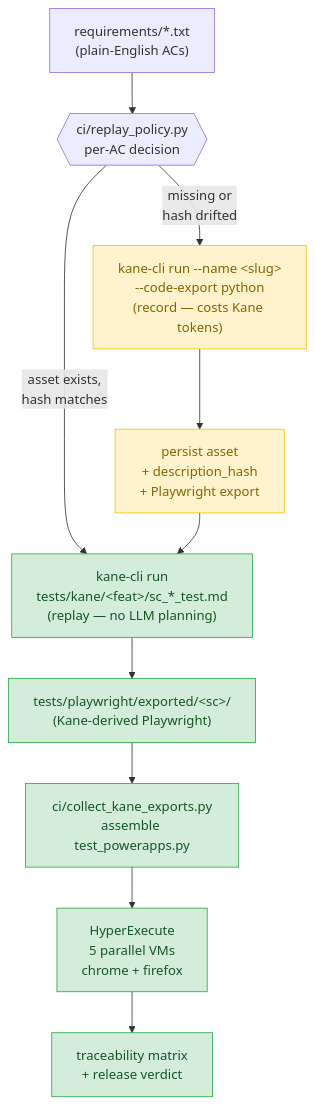
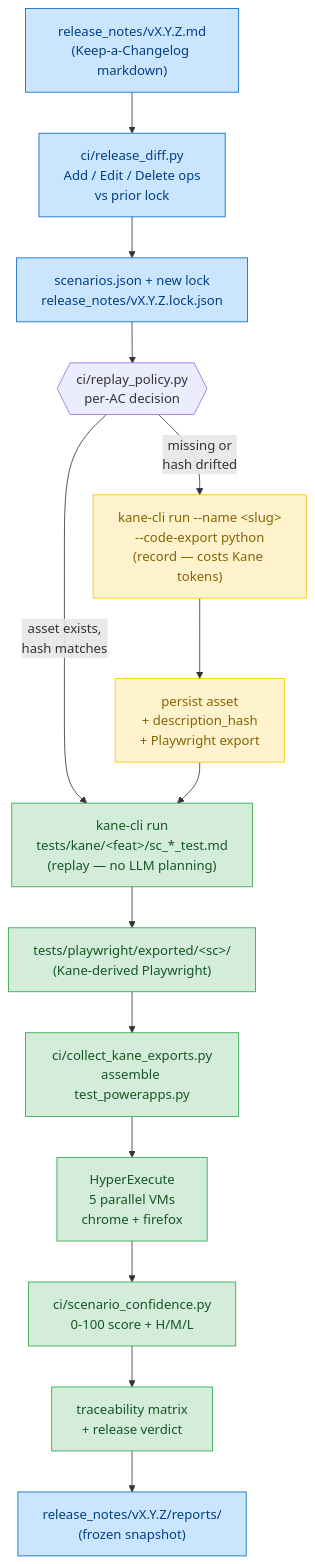
Before and after one commit to tlemmonds/agentic-stlc: the diagram in README.md, drawn with Mermaid. The commit also changed other lines of this file, not shown here.

First line of the commit message:
docs: rewrite README around release-notes-driven workflow + Stage 0 / 2b

````diff
--- a/README.md
+++ b/README.md
@@ -53,27 +59,37 @@
 ```mermaid
 flowchart TB
-    REQ["requirements/*.txt<br/>(plain-English ACs)"]
+    NOTES["release_notes/vX.Y.Z.md<br/>(Keep-a-Changelog markdown)"]
+    DIFF["ci/release_diff.py<br/>Add / Edit / Delete ops<br/>vs prior lock"]
+    APPLY["scenarios.json + new lock<br/>release_notes/vX.Y.Z.lock.json"]
     POLICY{{"ci/replay_policy.py<br/>per-AC decision"}}
     REPLAY["kane-cli run<br/>tests/kane/&lt;feat&gt;/sc_*_test.md<br/>(replay — no LLM planning)"]
     RECORD["kane-cli run --name &lt;slug&gt;<br/>--code-export python<br/>(record — costs Kane tokens)"]
     PERSIST["persist asset<br/>+ description_hash<br/>+ Playwright export"]
     EXPORT["tests/playwright/exported/&lt;sc&gt;/<br/>(Kane-derived Playwright)"]
     COLLECT["ci/collect_kane_exports.py<br/>assemble test_powerapps.py"]
     HE["HyperExecute<br/>5 parallel VMs<br/>chrome + firefox"]
+    CONF["ci/scenario_confidence.py<br/>0-100 score + H/M/L"]
     TRACE["traceability matrix<br/>+ release verdict"]
+    ARCHIVE["release_notes/vX.Y.Z/reports/<br/>(frozen snapshot)"]
 
-    REQ --> POLICY
+    NOTES --> DIFF
+    DIFF --> APPLY
+    APPLY --> POLICY
     POLICY -- "asset exists,<br/>hash matches" --> REPLAY
     POLICY -- "missing or<br/>hash drifted" --> RECORD
     RECORD --> PERSIST
     PERSIST --> REPLAY
     REPLAY --> EXPORT
     EXPORT --> COLLECT
     COLLECT --> HE
-    HE --> TRACE
+    HE --> CONF
+    CONF --> TRACE
+    TRACE --> ARCHIVE
 
     classDef cheap fill:#d4edda,stroke:#28a745,color:#155724;
     classDef expensive fill:#fff3cd,stroke:#ffc107,color:#856404;
-    class REPLAY,EXPORT,COLLECT,HE,TRACE cheap;
+    classDef new fill:#cce5ff,stroke:#0066cc,color:#004085;
+    class REPLAY,EXPORT,COLLECT,HE,TRACE,CONF cheap;
     class RECORD,PERSIST expensive;
+    class NOTES,DIFF,APPLY,ARCHIVE new;
 ```
````
